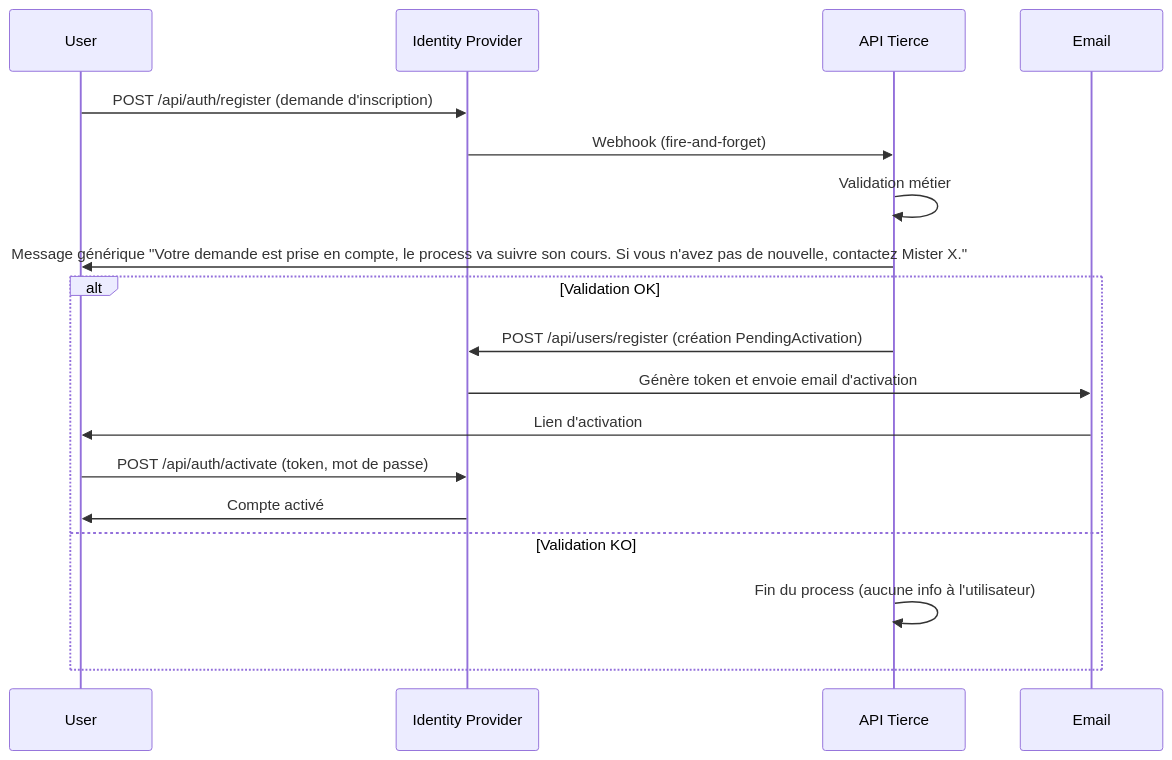
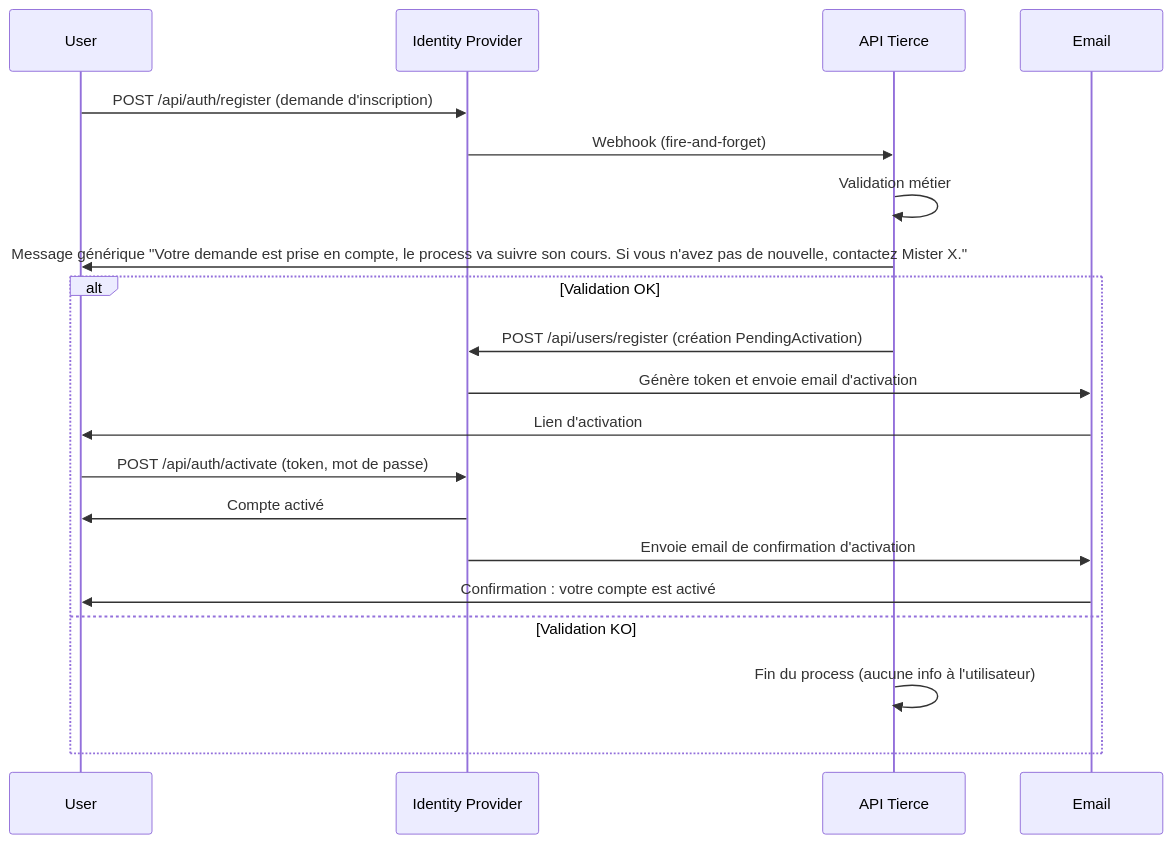
Before and after one commit to FantasticJoho/johodp: the first of 16 diagrams in docs/identity-flows-mermaid.md, drawn with Mermaid. The commit also changed other lines of this file and 1 other file, not shown here.

Commit message:
feat: Add email confirmation steps for account activation and password reset flows in identity diagrams

````diff
--- a/docs/identity-flows-mermaid.md
+++ b/docs/identity-flows-mermaid.md
@@ -4,21 +4,23 @@
 ```mermaid
 sequenceDiagram
     participant User
     participant IdP as Identity Provider
     participant ApiTierce as API Tierce
     participant Email
 
     User->>IdP: POST /api/auth/register (demande d'inscription)
     IdP->>ApiTierce: Webhook (fire-and-forget)
     ApiTierce->>ApiTierce: Validation métier
     ApiTierce->>User: Message générique "Votre demande est prise en compte, le process va suivre son cours. Si vous n'avez pas de nouvelle, contactez Mister X."
     alt Validation OK
         ApiTierce->>IdP: POST /api/users/register (création PendingActivation)
         IdP->>Email: Génère token et envoie email d'activation
         Email->>User: Lien d'activation
         User->>IdP: POST /api/auth/activate (token, mot de passe)
         IdP->>User: Compte activé
+        IdP->>Email: Envoie email de confirmation d'activation
+        Email->>User: Confirmation : votre compte est activé
     else Validation KO
         ApiTierce->>ApiTierce: Fin du process (aucune info à l'utilisateur)
     end
 ```
````
